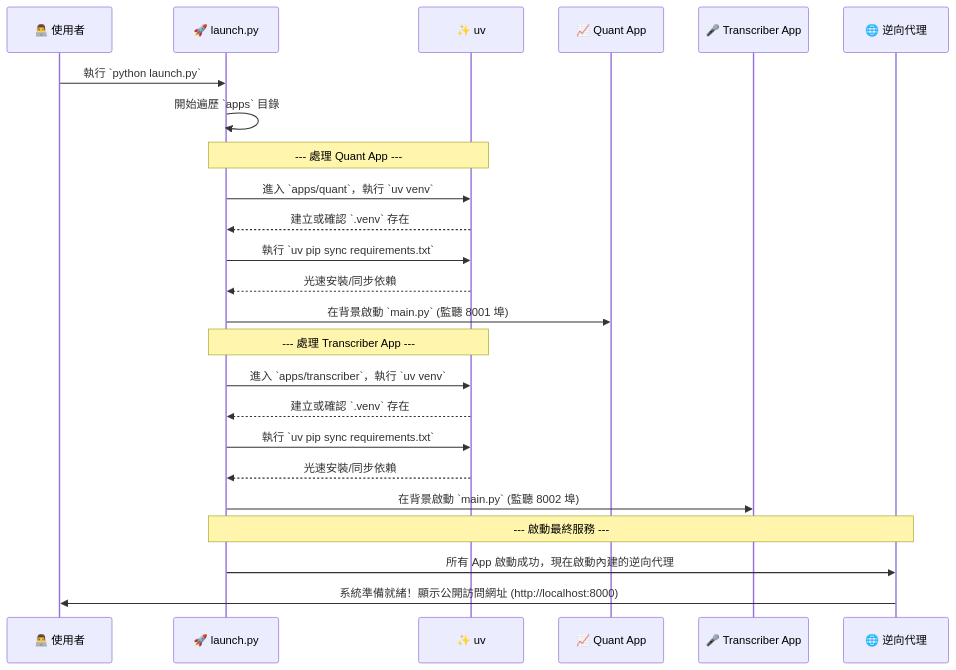
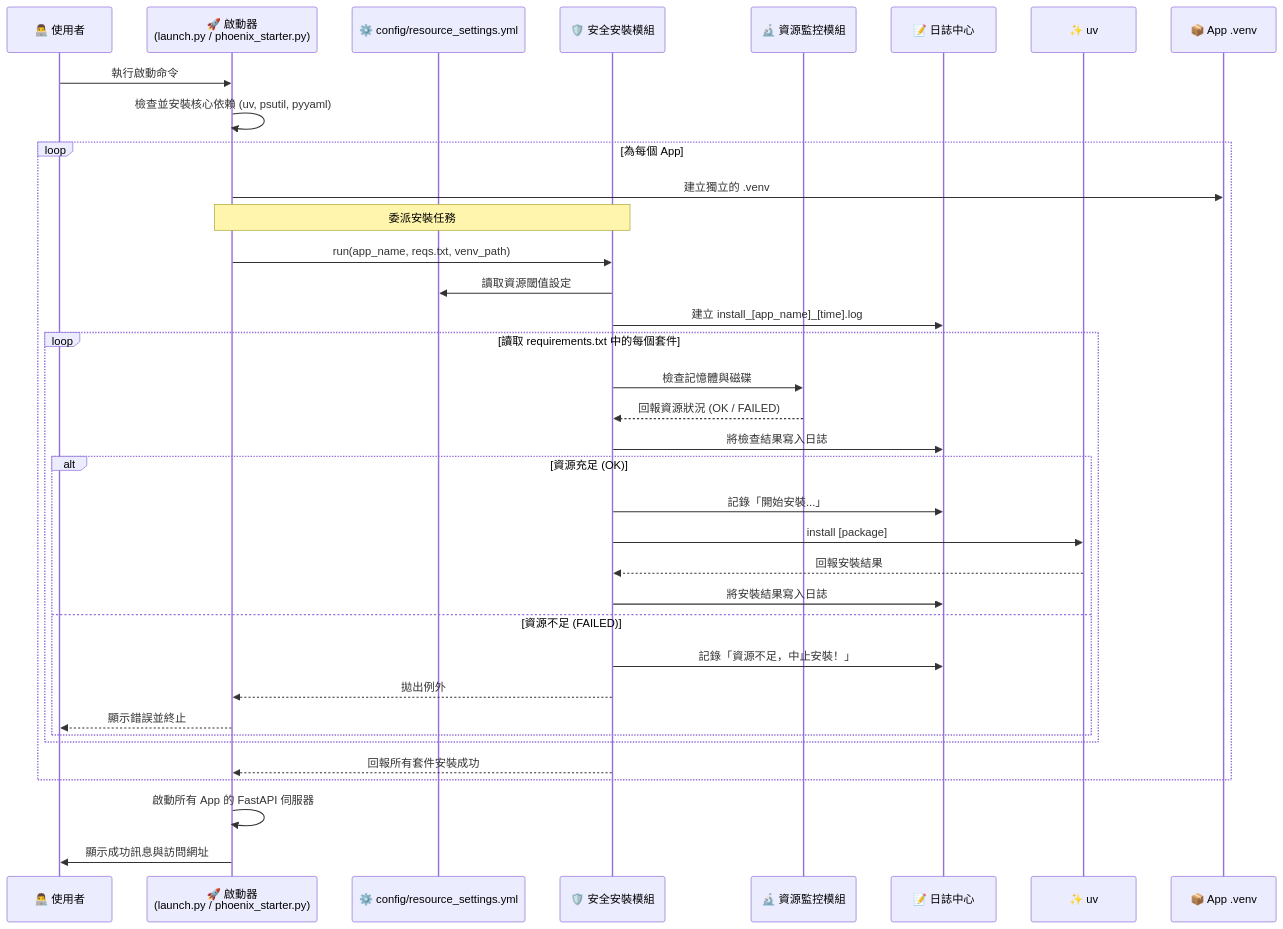
The diagram in docs/ARCHITECTURE.md (hsp1234-web/0721_web), drawn with Mermaid before and after one commit. The commit also changed other lines of this file and 4 other files, not shown here.

````diff
--- a/docs/ARCHITECTURE.md
+++ b/docs/ARCHITECTURE.md
@@ -85,30 +75,45 @@
 ```mermaid
 sequenceDiagram
     participant User as 👨‍💻 使用者
-    participant Launcher as 🚀 launch.py
+    participant Starter as 🚀 啟動器<br>(launch.py / phoenix_starter.py)
+    participant Config as ⚙️ config/resource_settings.yml
+    participant SafeInstaller as 🛡️ 安全安裝模組
+    participant Monitor as 🔬 資源監控模組
+    participant Logger as 📝 日誌中心
     participant UV as ✨ uv
-    participant QuantApp as 📈 Quant App
-    participant TranscriberApp as 🎤 Transcriber App
-    participant Proxy as 🌐 逆向代理
+    participant AppVenv as 📦 App .venv
 
-    User->>Launcher: 執行 `python launch.py`
-    Launcher->>Launcher: 開始遍歷 `apps` 目錄
+    User->>Starter: 執行啟動命令
+    Starter->>Starter: 檢查並安裝核心依賴 (uv, psutil, pyyaml)
 
-    Note over Launcher, UV: --- 處理 Quant App ---
-    Launcher->>UV: 進入 `apps/quant`，執行 `uv venv`
-    UV-->>Launcher: 建立或確認 `.venv` 存在
-    Launcher->>UV: 執行 `uv pip sync requirements.txt`
-    UV-->>Launcher: 光速安裝/同步依賴
-    Launcher->>QuantApp: 在背景啟動 `main.py` (監聽 8001 埠)
+    loop 為每個 App
+        Starter->>AppVenv: 建立獨立的 .venv
 
-    Note over Launcher, UV: --- 處理 Transcriber App ---
-    Launcher->>UV: 進入 `apps/transcriber`，執行 `uv venv`
-    UV-->>Launcher: 建立或確認 `.venv` 存在
-    Launcher->>UV: 執行 `uv pip sync requirements.txt`
-    UV-->>Launcher: 光速安裝/同步依賴
-    Launcher->>TranscriberApp: 在背景啟動 `main.py` (監聽 8002 埠)
+        Note over Starter, SafeInstaller: 委派安裝任務
+        Starter->>SafeInstaller: run(app_name, reqs.txt, venv_path)
 
-    Note over Launcher, Proxy: --- 啟動最終服務 ---
-    Launcher->>Proxy: 所有 App 啟動成功，現在啟動內建的逆向代理
-    Proxy->>User: 系統準備就緒！顯示公開訪問網址 (http://localhost:8000)
+        SafeInstaller->>Config: 讀取資源閾值設定
+        SafeInstaller->>Logger: 建立 install_[app_name]_[time].log
+
+        loop 讀取 requirements.txt 中的每個套件
+            SafeInstaller->>Monitor: 檢查記憶體與磁碟
+            Monitor-->>SafeInstaller: 回報資源狀況 (OK / FAILED)
+            SafeInstaller->>Logger: 將檢查結果寫入日誌
+
+            alt 資源充足 (OK)
+                SafeInstaller->>Logger: 記錄「開始安裝...」
+                SafeInstaller->>UV: install [package]
+                UV-->>SafeInstaller: 回報安裝結果
+                SafeInstaller->>Logger: 將安裝結果寫入日誌
+            else 資源不足 (FAILED)
+                SafeInstaller->>Logger: 記錄「資源不足，中止安裝！」
+                SafeInstaller-->>Starter: 拋出例外
+                Starter-->>User: 顯示錯誤並終止
+            end
+        end
+        SafeInstaller-->>Starter: 回報所有套件安裝成功
+    end
+
+    Starter->>Starter: 啟動所有 App 的 FastAPI 伺服器
+    Starter->>User: 顯示成功訊息與訪問網址
 ```
````
